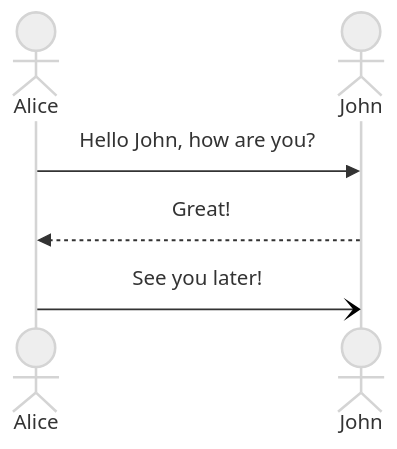
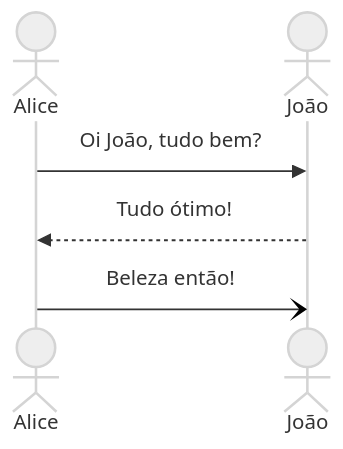
One commit to Igorino/joplin-notes changed the fourth of 5 diagrams in Mestrado/Segundo Semestre/SIN5033 - Grafos de conhecimento e Ontologias/Aula 1/1 Conceitos basicos.md. Above: the diagram before and after it, drawn with Mermaid (neutral theme).

Commit message:
Exported on 2026-04-05_20-58-06

````diff
--- a/Mestrado/Segundo Semestre/SIN5033 - Grafos de conhecimento e Ontologias/Aula 1/1 Conceitos basicos.md
+++ b/Mestrado/Segundo Semestre/SIN5033 - Grafos de conhecimento e Ontologias/Aula 1/1 Conceitos basicos.md
@@ -78,8 +78,8 @@
 ```mermaid
 sequenceDiagram
 	actor Alice
-	actor John
-    Alice->>John: Hello John, how are you?
-    John-->>Alice: Great!
-    Alice-)John: See you later!
+	actor João
+    Alice->>João: Oi João, tudo bem?
+    João-->>Alice: Tudo ótimo!
+    Alice-)João: Beleza então!
 ```
````
